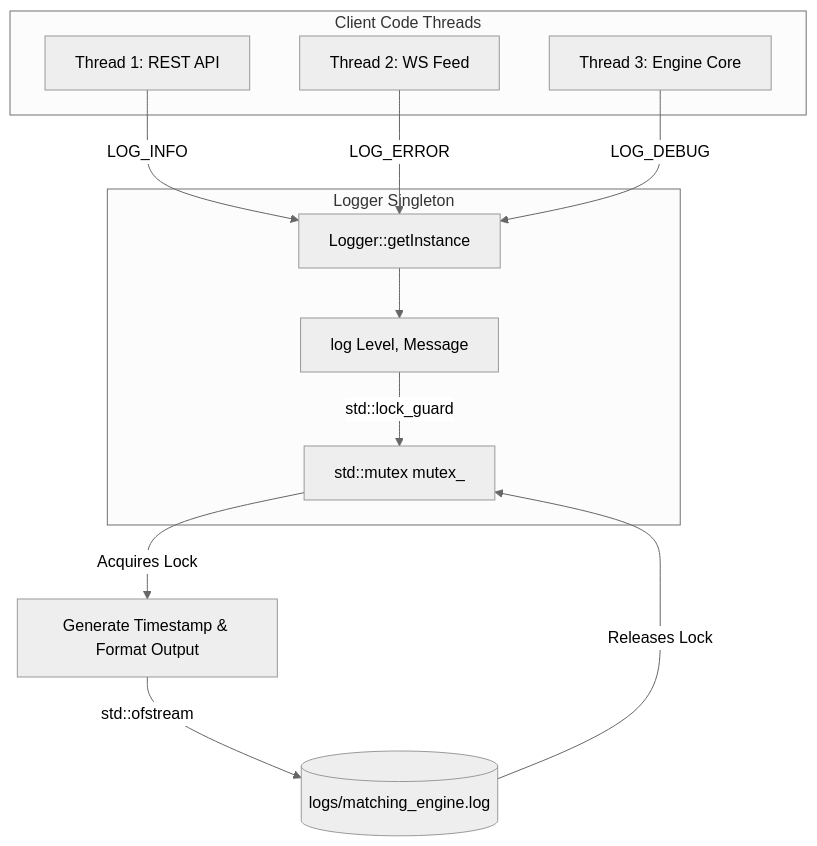
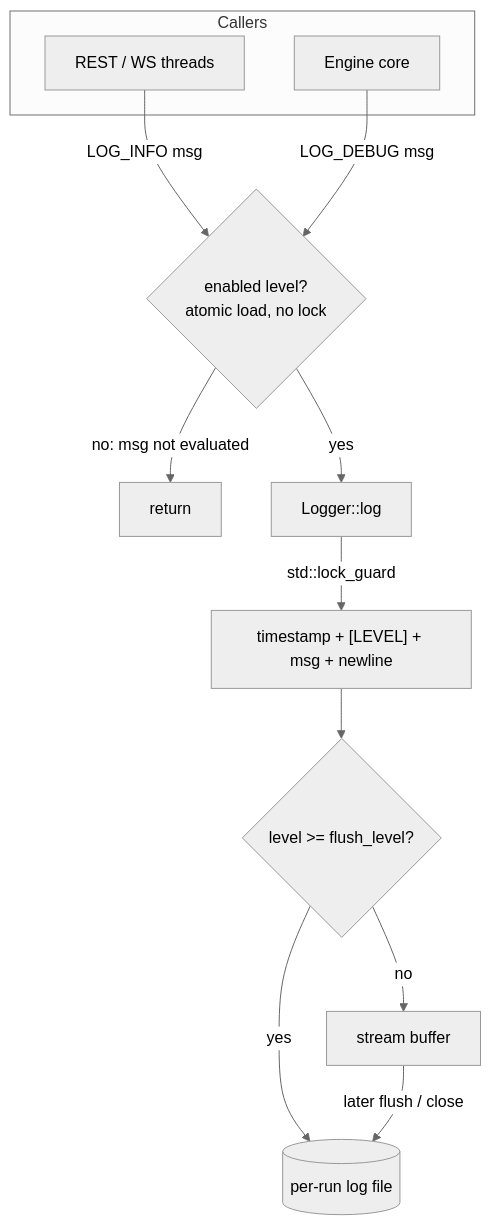
One commit to Rishav123raj/BlockSprint changed the diagram in explanations/logger.md. Above: the diagram before and after it, drawn with Mermaid (neutral theme). The commit also changed other lines of this file and 40 other files, not shown here.

````diff
--- a/explanations/logger.md
+++ b/explanations/logger.md
@@ -23,24 +53,16 @@
 ```mermaid
 graph TD
-    subgraph Client Code Threads
-        T1[Thread 1: REST API]
-        T2[Thread 2: WS Feed]
-        T3[Thread 3: Engine Core]
+    subgraph Callers
+        T1[REST / WS threads]
+        T3[Engine core]
     end
 
-    subgraph Logger Singleton
-        M[Logger::getInstance]
-        MUTEX[std::mutex mutex_]
-        LOG[log Level, Message]
-    end
-
-    T1 -->|LOG_INFO| M
-    T2 -->|LOG_ERROR| M
-    T3 -->|LOG_DEBUG| M
-
-    M --> LOG
-    LOG -->|std::lock_guard| MUTEX
-    MUTEX -->|Acquires Lock| EXEC[Generate Timestamp & Format Output]
-    EXEC -->|std::ofstream| FILE[(logs/matching_engine.log)]
-    FILE -->|Releases Lock| MUTEX
+    T1 -->|LOG_INFO msg| CHECK{enabled level?<br/>atomic load, no lock}
+    T3 -->|LOG_DEBUG msg| CHECK
+    CHECK -->|no: msg not evaluated| DROP[return]
+    CHECK -->|yes| LOG[Logger::log]
+    LOG -->|std::lock_guard| WRITE["timestamp + [LEVEL] + msg + newline"]
+    WRITE --> FLUSH{level >= flush_level?}
+    FLUSH -->|yes| DISK[(per-run log file)]
+    FLUSH -->|no| BUF[stream buffer] -->|later flush / close| DISK
 ```
````
